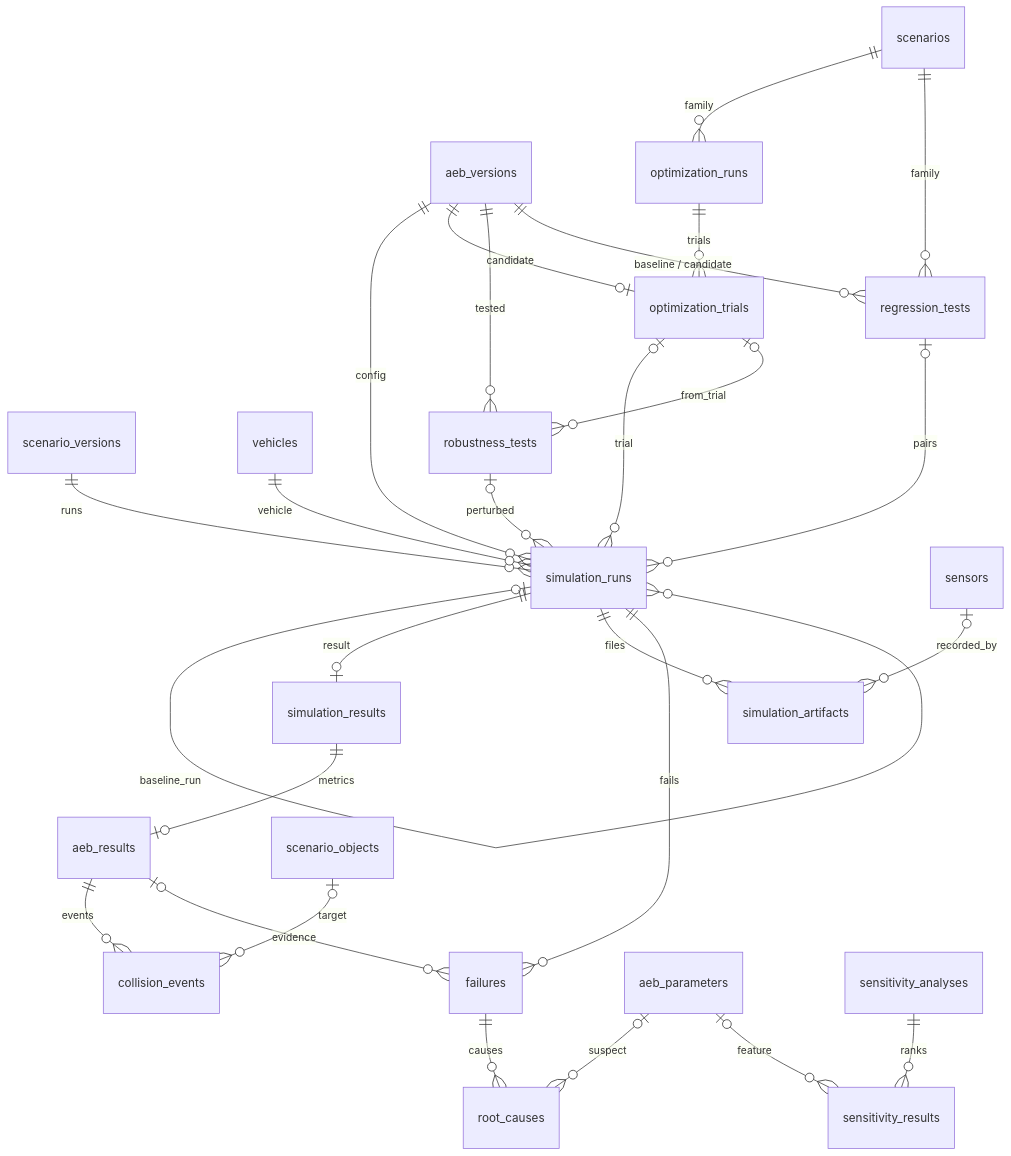
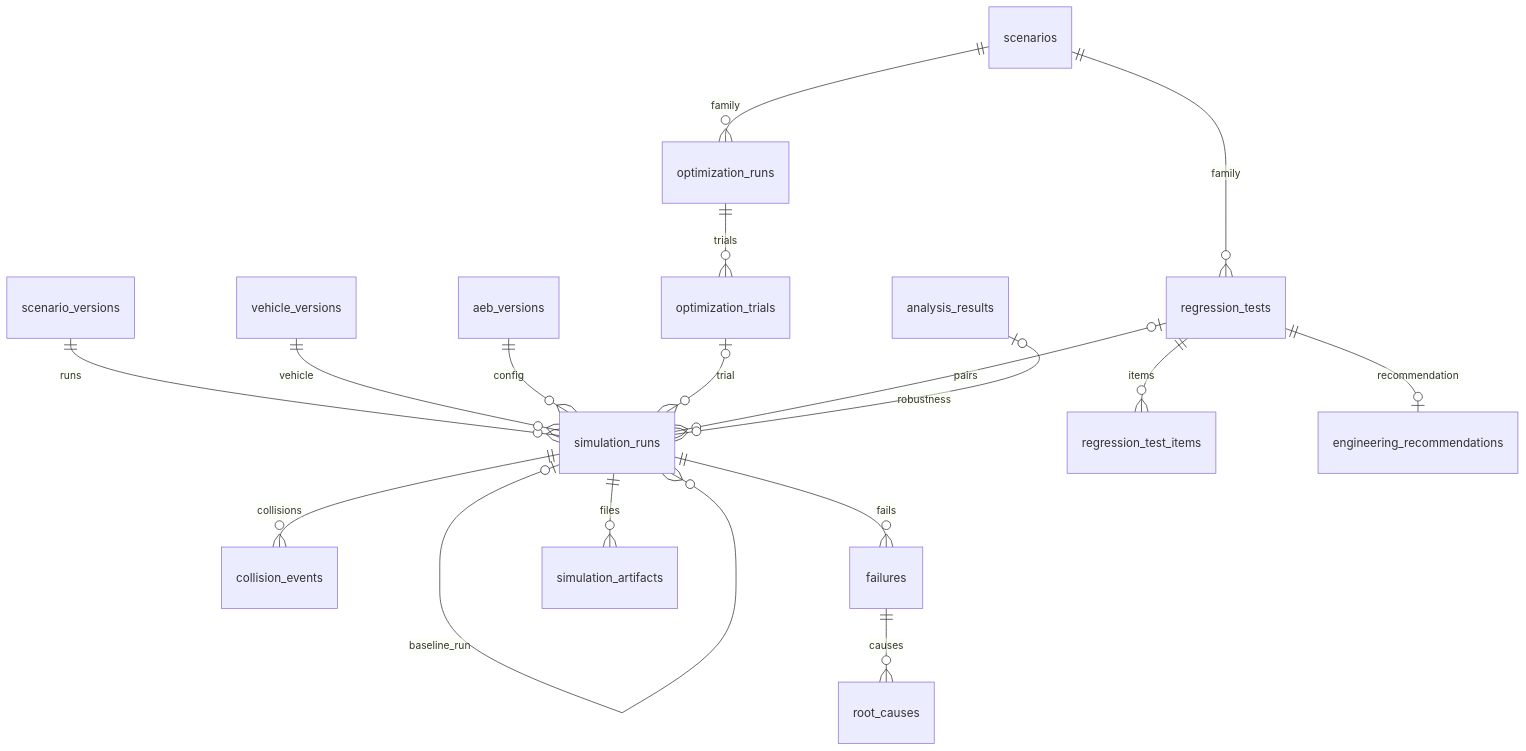
The second of 2 diagrams in docs/vehicsim/database-schema.md (Menakanchi/SEP490-FA26-G15), drawn with Mermaid before and after one commit. The commit also changed other lines of this file and 75 other files, not shown here.

First line of the commit message:
feat(db): 30-table schema, 5 system roles, drop vehicle configs and Meomeo

````diff
--- a/docs/vehicsim/database-schema.md
+++ b/docs/vehicsim/database-schema.md
@@ -208,29 +196,19 @@
 ```mermaid
 erDiagram
     scenario_versions ||--o{ simulation_runs : runs
+    vehicle_versions ||--o{ simulation_runs : vehicle
     aeb_versions ||--o{ simulation_runs : config
-    vehicles ||--o{ simulation_runs : vehicle
     simulation_runs |o--o{ simulation_runs : baseline_run
-    optimization_trials |o--o{ simulation_runs : trial
-    regression_tests |o--o{ simulation_runs : pairs
-    robustness_tests |o--o{ simulation_runs : perturbed
-    simulation_runs ||--o| simulation_results : result
+    simulation_runs ||--o{ collision_events : collisions
+    simulation_runs ||--o{ failures : fails
+    failures ||--o{ root_causes : causes
     simulation_runs ||--o{ simulation_artifacts : files
-    sensors |o--o{ simulation_artifacts : recorded_by
-    simulation_results ||--o| aeb_results : metrics
-    aeb_results ||--o{ collision_events : events
-    scenario_objects |o--o{ collision_events : target
-    simulation_runs ||--o{ failures : fails
-    aeb_results |o--o{ failures : evidence
-    failures ||--o{ root_causes : causes
-    aeb_parameters |o--o{ root_causes : suspect
-    sensitivity_analyses ||--o{ sensitivity_results : ranks
-    aeb_parameters |o--o{ sensitivity_results : feature
     scenarios ||--o{ optimization_runs : family
     optimization_runs ||--o{ optimization_trials : trials
-    aeb_versions ||--o| optimization_trials : candidate
-    aeb_versions ||--o{ robustness_tests : tested
-    optimization_trials |o--o{ robustness_tests : from_trial
-    aeb_versions ||--o{ regression_tests : "baseline / candidate"
+    optimization_trials |o--o{ simulation_runs : trial
     scenarios ||--o{ regression_tests : family
+    regression_tests |o--o{ simulation_runs : pairs
+    regression_tests ||--o{ regression_test_items : items
+    regression_tests ||--o| engineering_recommendations : recommendation
+    analysis_results |o--o{ simulation_runs : robustness
 ```
````
